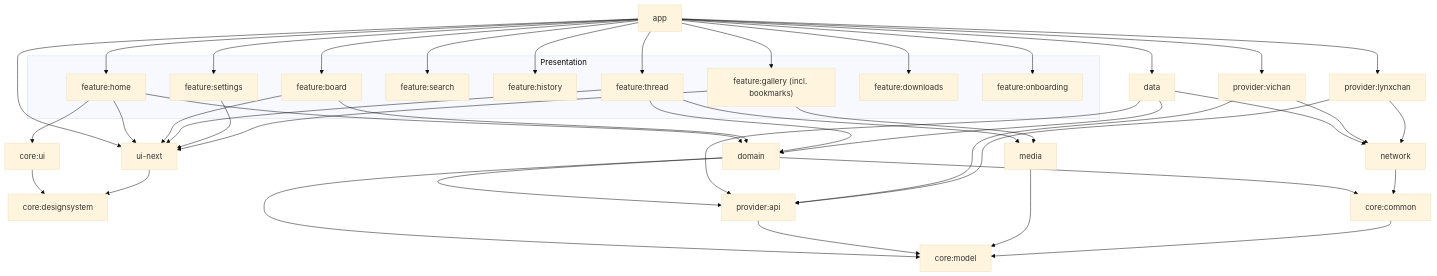
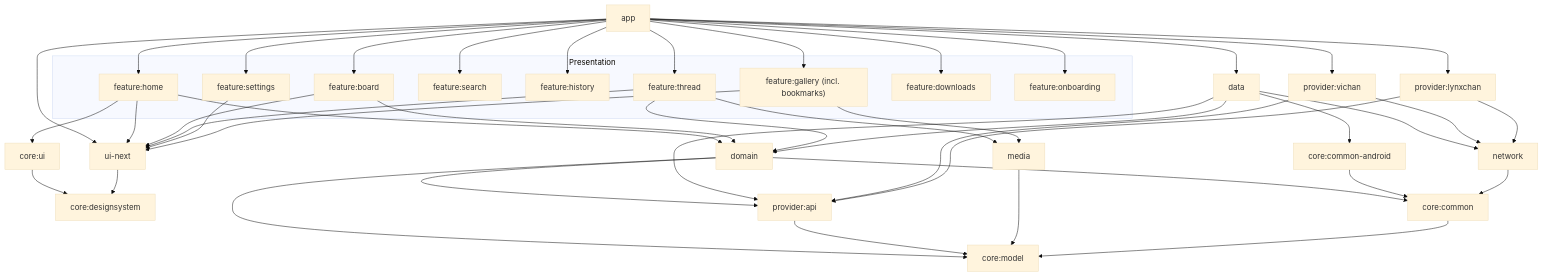
Before and after one commit to Defuuls/Orbin: the diagram in docs/architecture/README.md, drawn with Mermaid (base theme). The commit also changed other lines of this file and 56 other files, not shown here.

First line of the commit message:
Share domain, provider:api and core:common with iOS

````diff
--- a/docs/architecture/README.md
+++ b/docs/architecture/README.md
@@ -28,52 +30,54 @@
 ```mermaid
 graph TD
     app --> feature_home & feature_board & feature_thread & feature_search
     app --> feature_history & feature_settings & feature_gallery & feature_downloads & feature_onboarding
     app --> data
     app --> provider_vichan & provider_lynxchan
 
     subgraph Presentation
       feature_home[feature:home]
       feature_board[feature:board]
       feature_thread[feature:thread]
       feature_search[feature:search]
       feature_history[feature:history]
       feature_settings[feature:settings]
       feature_gallery["feature:gallery (incl. bookmarks)"]
       feature_downloads[feature:downloads]
       feature_onboarding[feature:onboarding]
     end
 
     feature_home --> domain
     feature_board --> domain
     feature_thread --> domain
     feature_thread --> media
     feature_gallery --> media
     feature_home --> core_ui[core:ui]
     core_ui --> core_designsystem[core:designsystem]
 
     app --> ui_next[ui-next]
     feature_home --> ui_next
     feature_board --> ui_next
     feature_thread --> ui_next
     feature_settings --> ui_next
     feature_gallery --> ui_next
     ui_next --> core_designsystem
 
     domain --> core_model[core:model]
     domain --> core_common[core:common]
     domain --> provider_api[provider:api]
 
     data --> domain
     data --> network
     data --> provider_api
+    data --> core_common_android[core:common-android]
+    core_common_android --> core_common
 
     provider_vichan[provider:vichan] --> provider_api
     provider_vichan --> network
     provider_lynxchan[provider:lynxchan] --> provider_api
     provider_lynxchan --> network
     provider_api --> core_model
     media --> core_model
     network --> core_common
     core_common --> core_model
 ```
````
